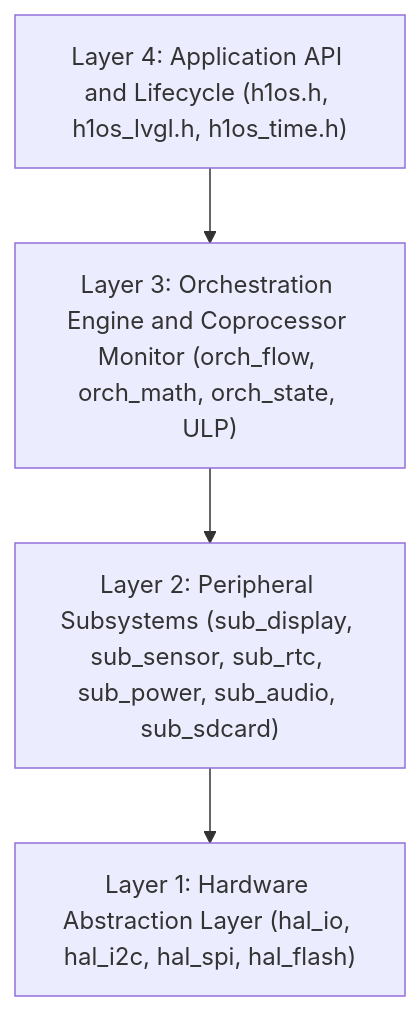
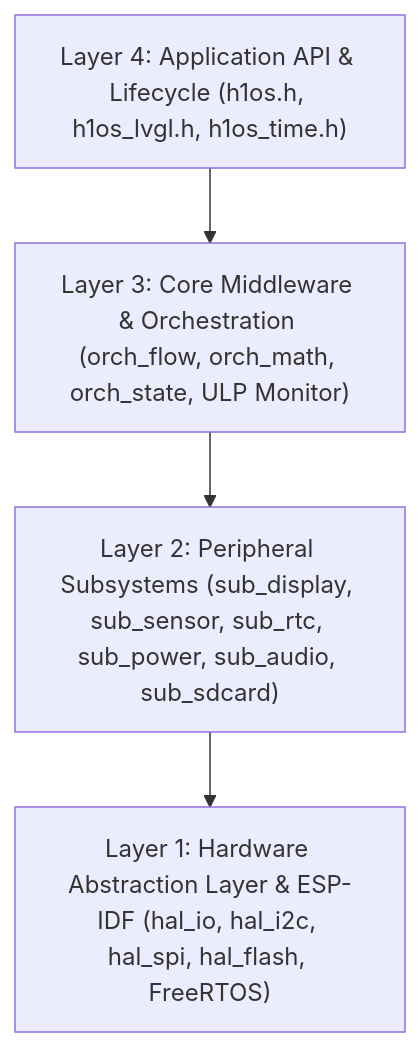
Before and after one commit to Humidyne-Labs/H1OS: the diagram in README.md, drawn with Mermaid. The commit also changed other lines of this file, not shown here.

````diff
--- a/README.md
+++ b/README.md
@@ -57,10 +69,11 @@
 ```mermaid
-graph TD;
-    L4["Layer 4: Application API and Lifecycle (h1os.h, h1os_lvgl.h, h1os_time.h)"];
-    L3["Layer 3: Orchestration Engine and Coprocessor Monitor (orch_flow, orch_math, orch_state, ULP)"];
-    L2["Layer 2: Peripheral Subsystems (sub_display, sub_sensor, sub_rtc, sub_power, sub_audio, sub_sdcard)"];
-    L1["Layer 1: Hardware Abstraction Layer (hal_io, hal_i2c, hal_spi, hal_flash)"];
-    L4-->L3;
-    L3-->L2;
-    L2-->L1;
+graph TD
+    L4["Layer 4: Application API & Lifecycle (h1os.h, h1os_lvgl.h, h1os_time.h)"]
+    L3["Layer 3: Core Middleware & Orchestration (orch_flow, orch_math, orch_state, ULP Monitor)"]
+    L2["Layer 2: Peripheral Subsystems (sub_display, sub_sensor, sub_rtc, sub_power, sub_audio, sub_sdcard)"]
+    L1["Layer 1: Hardware Abstraction Layer & ESP-IDF (hal_io, hal_i2c, hal_spi, hal_flash, FreeRTOS)"]
+    L4 --> L3
+    L3 --> L2
+    L2 --> L1
+
 ```
````
